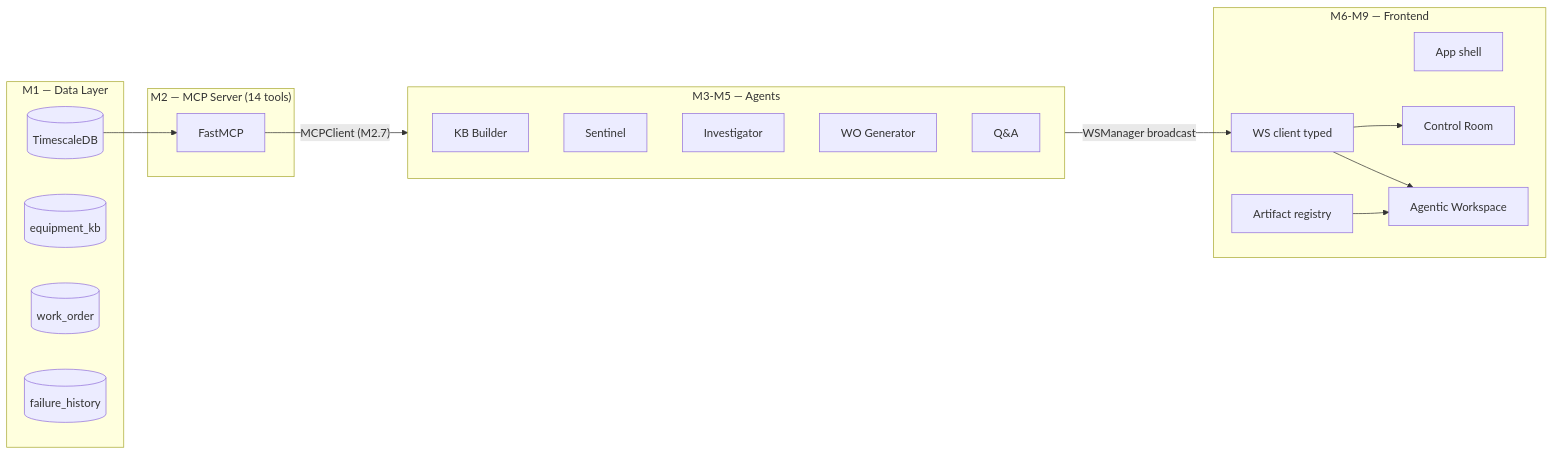
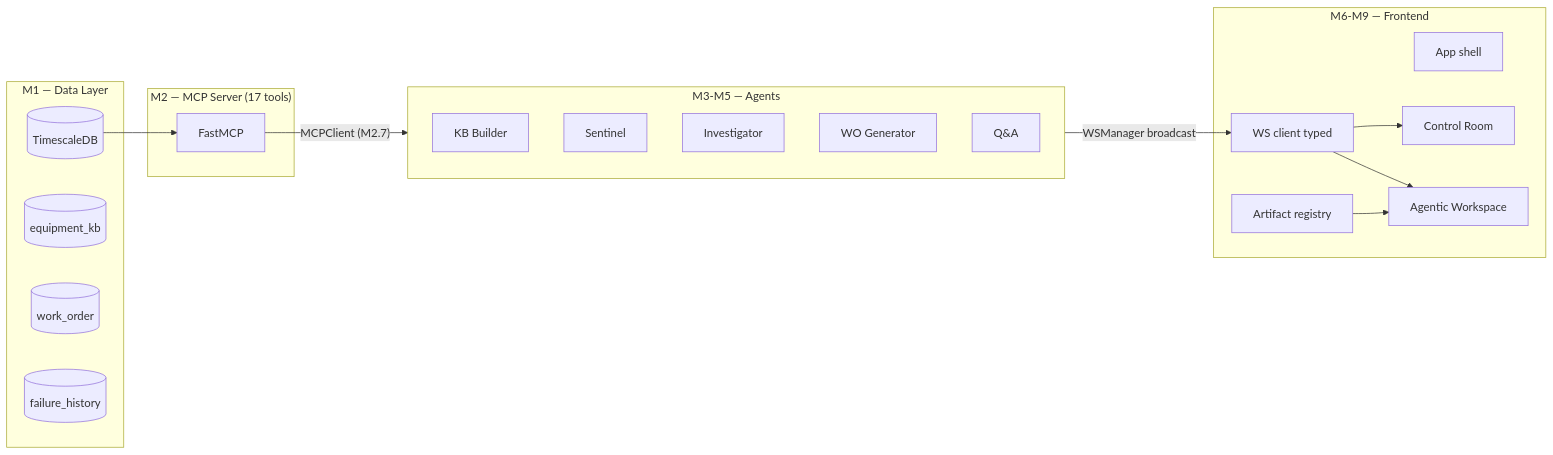
The first of 6 diagrams in docs/planning/ROADMAP.md (zestones/Aria), drawn with Mermaid before and after one commit. The commit also changed other lines of this file and 16 other files, not shown here.

Commit message:
fix: documentation errors bad mcp tools number

````diff
--- a/docs/planning/ROADMAP.md
+++ b/docs/planning/ROADMAP.md
@@ -16,32 +16,32 @@
 ```mermaid
 flowchart LR
     subgraph Data["M1 — Data Layer"]
         DB[(TimescaleDB)]
         KB[(equipment_kb)]
         WO[(work_order)]
         FH[(failure_history)]
     end
-    subgraph MCP["M2 — MCP Server (14 tools)"]
+    subgraph MCP["M2 — MCP Server (17 tools)"]
         FastMCP
     end
     subgraph Agents["M3-M5 — Agents"]
         Builder[KB Builder]
         Sentinel
         Investigator
         WOGen[WO Generator]
         QA[Q&A]
     end
     subgraph Front["M6-M9 — Frontend"]
         Shell[App shell]
         WS[WS client typed]
         Control[Control Room]
         Workspace[Agentic Workspace]
         Registry[Artifact registry]
     end
     DB --> FastMCP
     FastMCP -- "MCPClient (M2.7)" --> Agents
     Agents -- "WSManager broadcast" --> WS
     WS --> Control
     WS --> Workspace
     Registry --> Workspace
 ```
````
